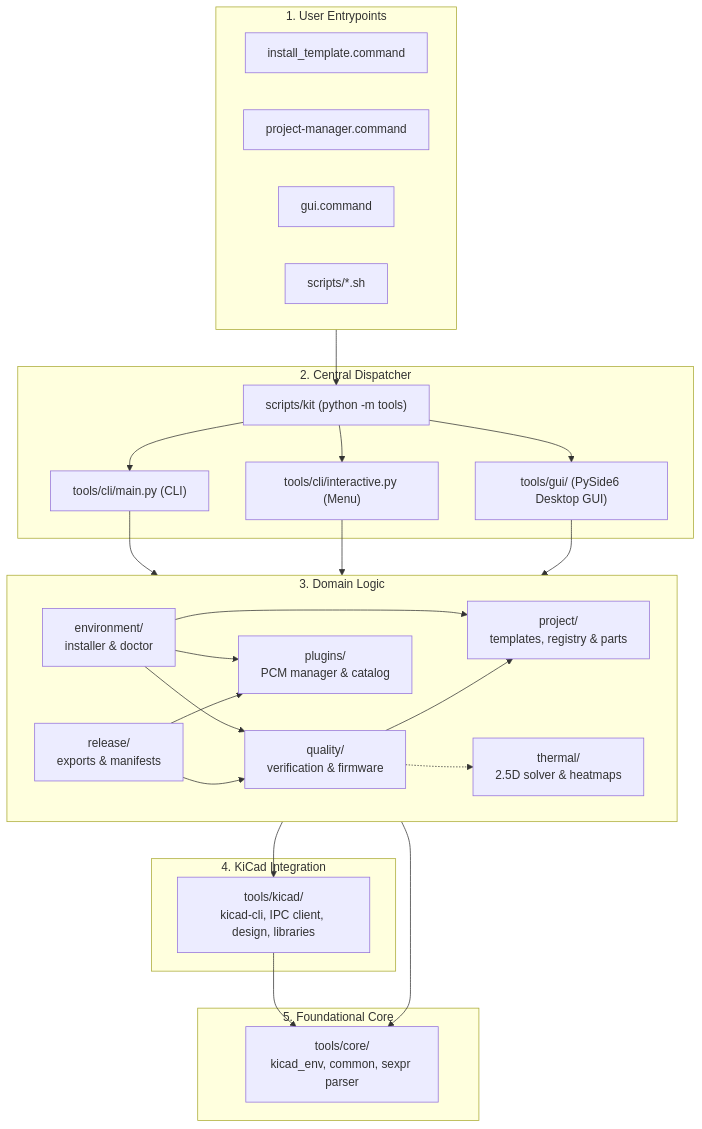
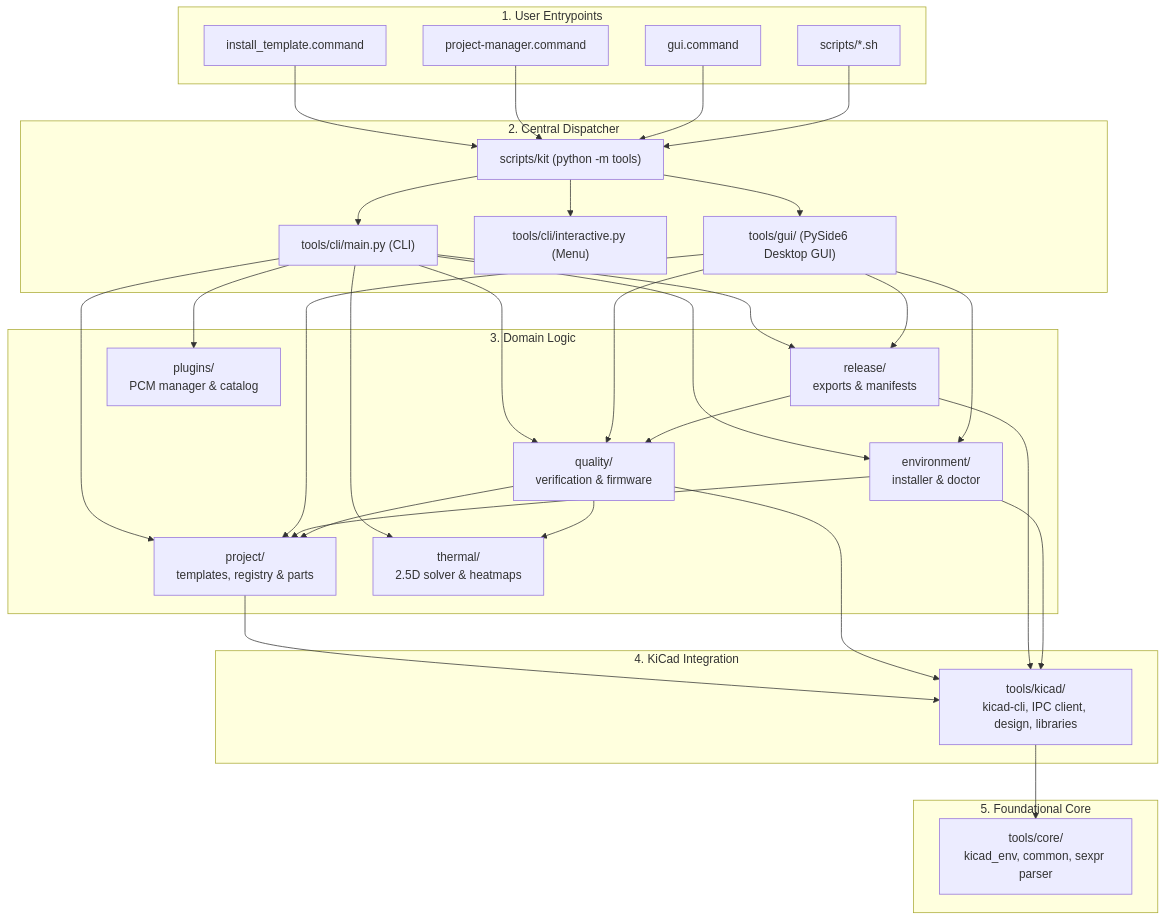
Before and after one commit to CagriCatik/PCB-Project-Template: the diagram in docs/ARCHITECTURE.md, drawn with Mermaid. The commit also changed other lines of this file and 18 other files, not shown here.

````diff
--- a/docs/ARCHITECTURE.md
+++ b/docs/ARCHITECTURE.md
@@ -32,53 +12,66 @@
 ```mermaid
 graph TD
     subgraph Entrypoints ["1. User Entrypoints"]
         CMD_INST["install_template.command"]
         CMD_MGR["project-manager.command"]
         CMD_GUI["gui.command"]
         SH_ALIASES["scripts/*.sh"]
     end
 
     subgraph CentralDispatcher ["2. Central Dispatcher"]
         KIT["scripts/kit (python -m tools)"]
         CLI_MAIN["tools/cli/main.py (CLI)"]
         CLI_INTER["tools/cli/interactive.py (Menu)"]
         GUI_APP["tools/gui/ (PySide6 Desktop GUI)"]
     end
 
     subgraph Domains ["3. Domain Logic"]
-        ENV["environment/<br/>installer & doctor"]
-        PROJ["project/<br/>templates, registry & parts"]
-        QUAL["quality/<br/>verification & firmware"]
-        REL["release/<br/>exports & manifests"]
-        PLUG["plugins/<br/>PCM manager & catalog"]
-        THERM["thermal/<br/>2.5D solver & heatmaps"]
+        ENV["environment/<br/>installer &amp; doctor"]
+        PROJ["project/<br/>templates, registry &amp; parts"]
+        QUAL["quality/<br/>verification &amp; firmware"]
+        REL["release/<br/>exports &amp; manifests"]
+        PLUG["plugins/<br/>PCM manager &amp; catalog"]
+        THERM["thermal/<br/>2.5D solver &amp; heatmaps"]
     end
 
     subgraph KiCadLayer ["4. KiCad Integration"]
         KICAD["tools/kicad/<br/>kicad-cli, IPC client, design, libraries"]
     end
 
     subgraph CoreLayer ["5. Foundational Core"]
         CORE["tools/core/<br/>kicad_env, common, sexpr parser"]
     end
 
-    Entrypoints --> KIT
+    CMD_INST --> KIT
+    CMD_MGR --> KIT
+    CMD_GUI --> KIT
+    SH_ALIASES --> KIT
+
     KIT --> CLI_MAIN
     KIT --> CLI_INTER
     KIT --> GUI_APP
-    CLI_MAIN --> Domains
-    CLI_INTER --> Domains
-    GUI_APP --> Domains
 
+    CLI_MAIN --> ENV
+    CLI_MAIN --> PROJ
+    CLI_MAIN --> QUAL
+    CLI_MAIN --> REL
+    CLI_MAIN --> PLUG
+    CLI_MAIN --> THERM
+
+    GUI_APP --> PROJ
+    GUI_APP --> QUAL
+    GUI_APP --> REL
+    GUI_APP --> ENV
+
+    REL --> QUAL
     ENV --> PROJ
-    ENV --> QUAL
-    ENV --> PLUG
-    REL --> QUAL
-    REL --> PLUG
     QUAL --> PROJ
-    QUAL -.-> THERM
+    QUAL --> THERM
 
-    Domains --> KICAD
-    Domains --> CORE
+    PROJ --> KICAD
+    QUAL --> KICAD
+    REL --> KICAD
+    ENV --> KICAD
+
     KICAD --> CORE
 ```
````
